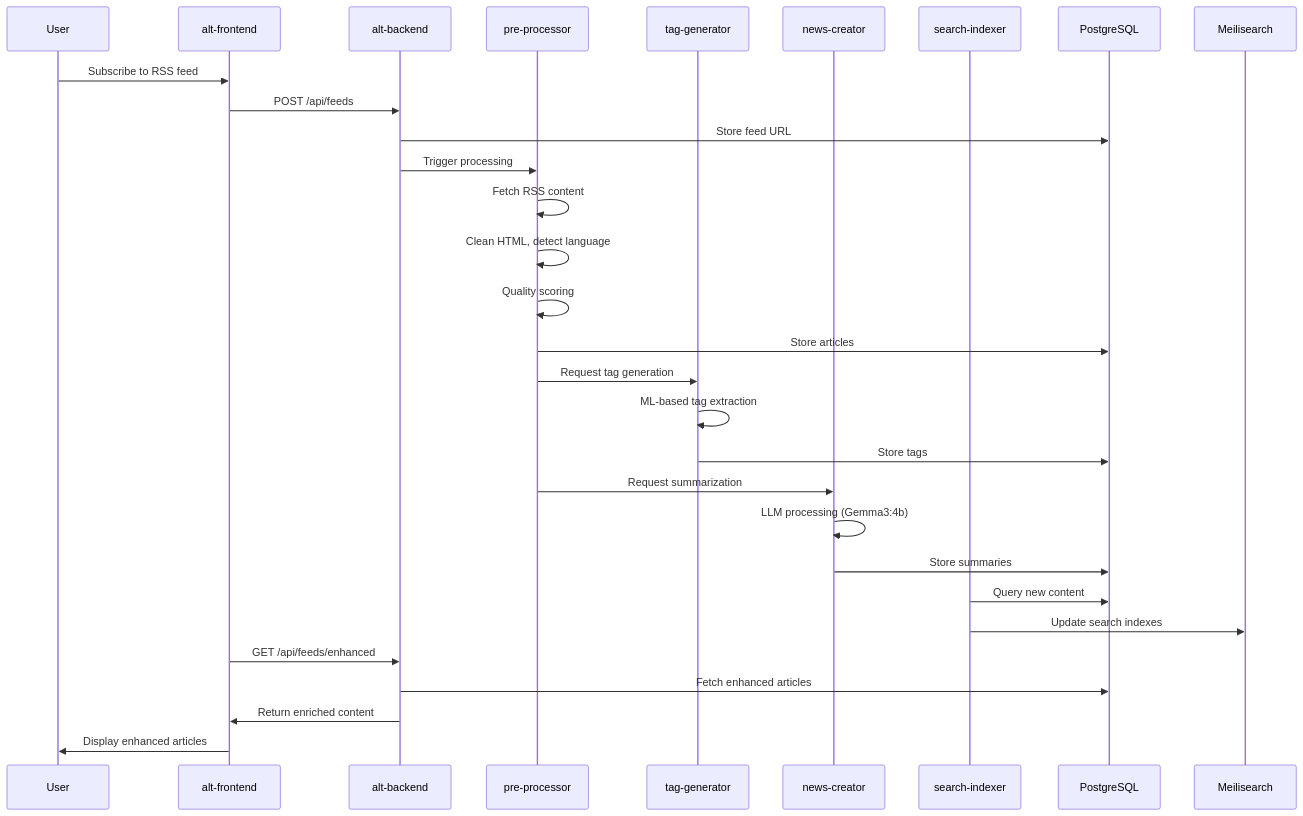
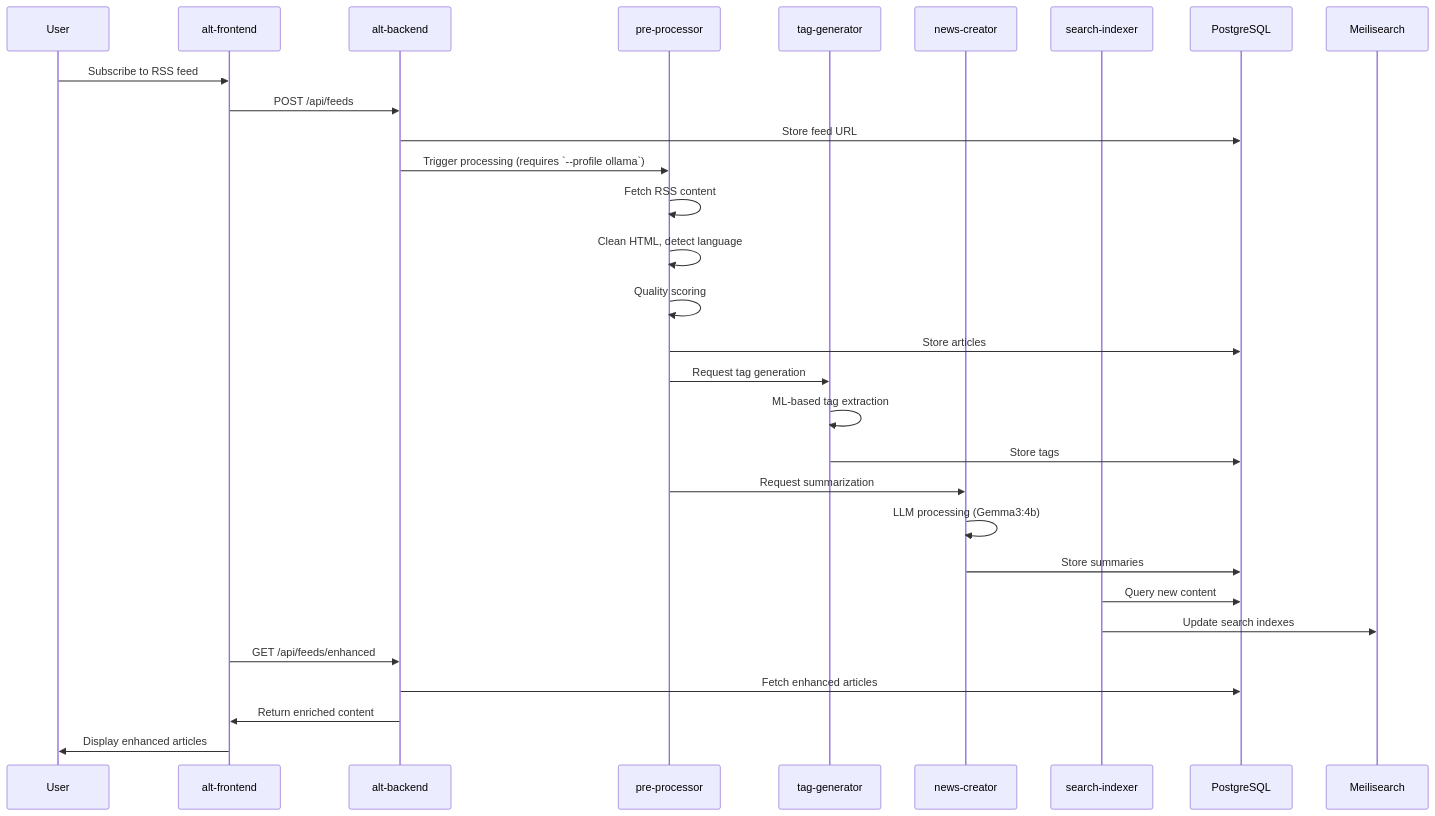
One commit to Kaikei-e/Alt changed the second of 10 diagrams in README.md. Above: the diagram before and after it, drawn with Mermaid. The commit also changed other lines of this file, not shown here.

````diff
--- a/README.md
+++ b/README.md
@@ -135,38 +135,38 @@
 ```mermaid
 sequenceDiagram
     participant User
     participant Frontend as alt-frontend
     participant Backend as alt-backend
     participant Preprocessor as pre-processor
     participant TagGen as tag-generator
     participant NewsCreator as news-creator
     participant SearchIndexer as search-indexer
     participant Database as PostgreSQL
     participant Search as Meilisearch
 
     User->>Frontend: Subscribe to RSS feed
     Frontend->>Backend: POST /api/feeds
     Backend->>Database: Store feed URL
-    Backend->>Preprocessor: Trigger processing
+    Backend->>Preprocessor: Trigger processing (requires `--profile ollama`)
 
     Preprocessor->>Preprocessor: Fetch RSS content
     Preprocessor->>Preprocessor: Clean HTML, detect language
     Preprocessor->>Preprocessor: Quality scoring
     Preprocessor->>Database: Store articles
 
     Preprocessor->>TagGen: Request tag generation
     TagGen->>TagGen: ML-based tag extraction
     TagGen->>Database: Store tags
 
     Preprocessor->>NewsCreator: Request summarization
     NewsCreator->>NewsCreator: LLM processing (Gemma3:4b)
     NewsCreator->>Database: Store summaries
 
     SearchIndexer->>Database: Query new content
     SearchIndexer->>Search: Update search indexes
 
     Frontend->>Backend: GET /api/feeds/enhanced
     Backend->>Database: Fetch enhanced articles
     Backend->>Frontend: Return enriched content
     Frontend->>User: Display enhanced articles
 ```
````
